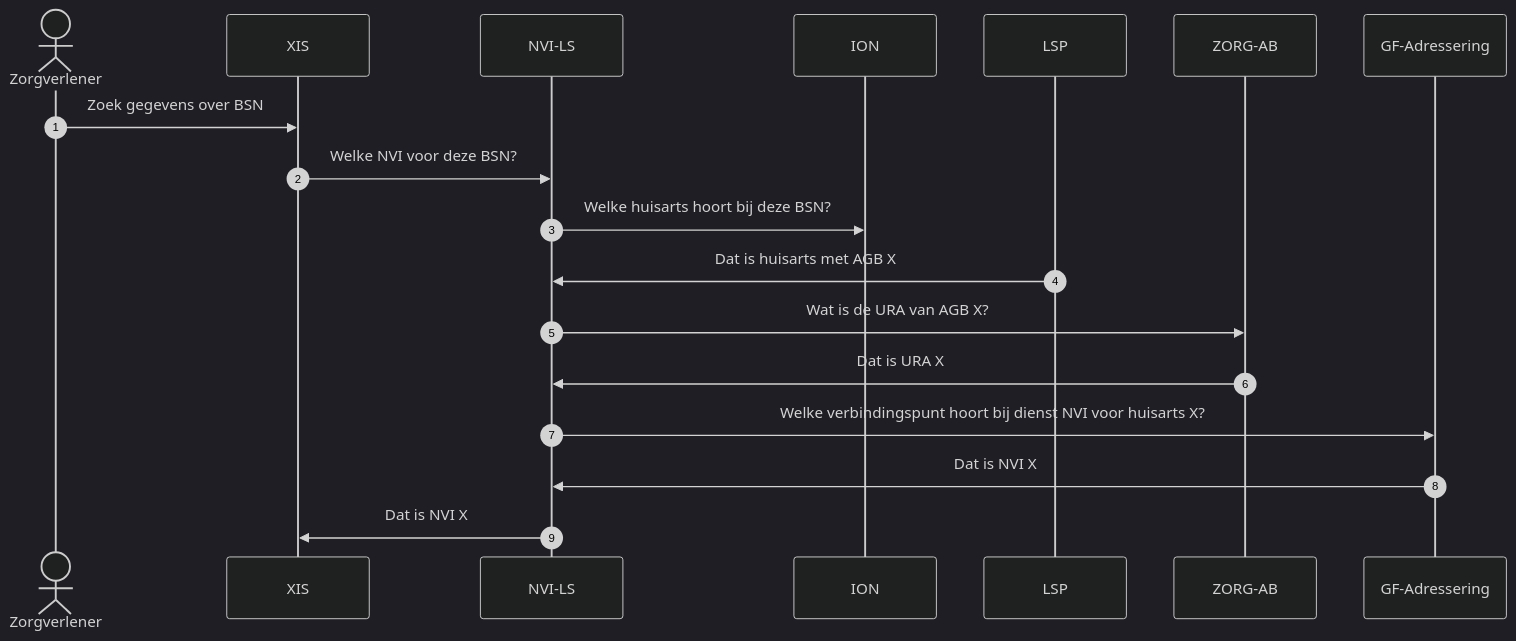
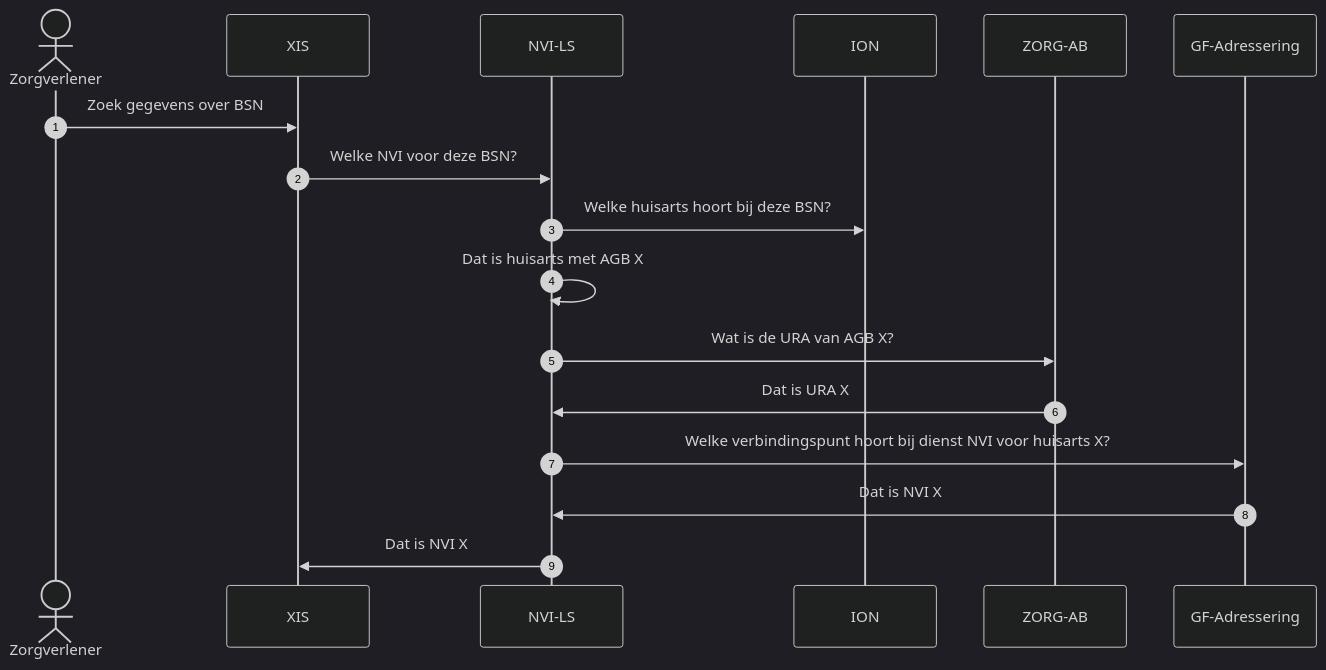
The third of 5 diagrams in architectuur/opties/nvi-per-burger.md (minvws/generiekefuncties-lokalisatie), drawn with Mermaid (dark theme) before and after one commit.

Commit message:
Copy/paste fout uit ION diagram gehaald

````diff
--- a/architectuur/opties/nvi-per-burger.md
+++ b/architectuur/opties/nvi-per-burger.md
@@ -102,14 +102,14 @@
 ```mermaid
 sequenceDiagram
 autonumber
 actor Zorgverlener
 Zorgverlener->>XIS: Zoek gegevens over BSN
 XIS->>NVI-LS: Welke NVI voor deze BSN?
 NVI-LS->>ION: Welke huisarts hoort bij deze BSN?
-LSP->>NVI-LS: Dat is huisarts met AGB X
+NVI-LS->>NVI-LS: Dat is huisarts met AGB X
 NVI-LS->>ZORG-AB: Wat is de URA van AGB X?
 ZORG-AB->>NVI-LS: Dat is URA X
 NVI-LS->>GF-Adressering: Welke verbindingspunt hoort bij dienst NVI voor huisarts X?
 GF-Adressering->>NVI-LS: Dat is NVI X
 NVI-LS->>XIS: Dat is NVI X
 ```
````
